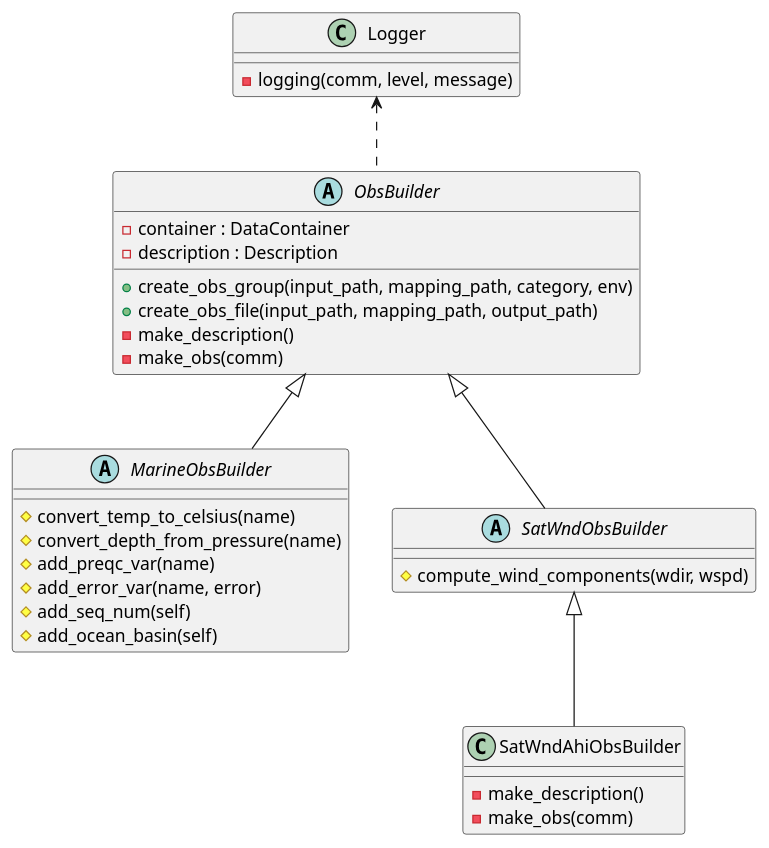
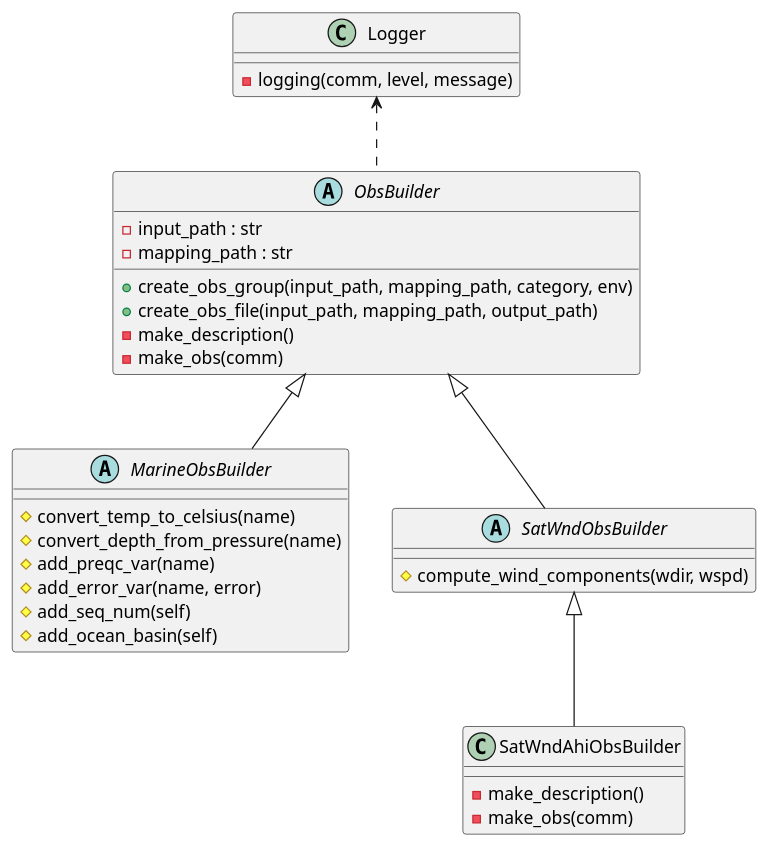
The diagram in docs/uml/BUFR_ObsBuilder.puml (rmclaren/bufr-query), drawn with PlantUML before and after one commit.

```diff
--- a/docs/uml/BUFR_ObsBuilder.puml
+++ b/docs/uml/BUFR_ObsBuilder.puml
@@ -1,48 +1,48 @@
 @startuml
 'skinparam dpi 300
 'scale 1024 width
 
 class Logger
 {
   - logging(comm, level, message)
 }
 
 abstract class ObsBuilder
 {
-  - container : DataContainer
-  - description : Description
+  - input_path : str
+  - mapping_path : str
 
   + create_obs_group(input_path, mapping_path, category, env)
   + create_obs_file(input_path, mapping_path, output_path)
   - make_description()
   - make_obs(comm)
 }
 
 abstract class MarineObsBuilder
 {
   # convert_temp_to_celsius(name)
   # convert_depth_from_pressure(name)
   # add_preqc_var(name)
   # add_error_var(name, error)
   # add_seq_num(self)
   # add_ocean_basin(self)
 }
 
 abstract class SatWndObsBuilder
 {
   # compute_wind_components(wdir, wspd)
 }
 
 class SatWndAhiObsBuilder
 {
   - make_description()
   - make_obs(comm)
 }
 
 Logger <.. ObsBuilder
 ObsBuilder <|-- MarineObsBuilder
 ObsBuilder <|-- SatWndObsBuilder
 SatWndObsBuilder <|-- SatWndAhiObsBuilder
 
 
 @enduml
```
